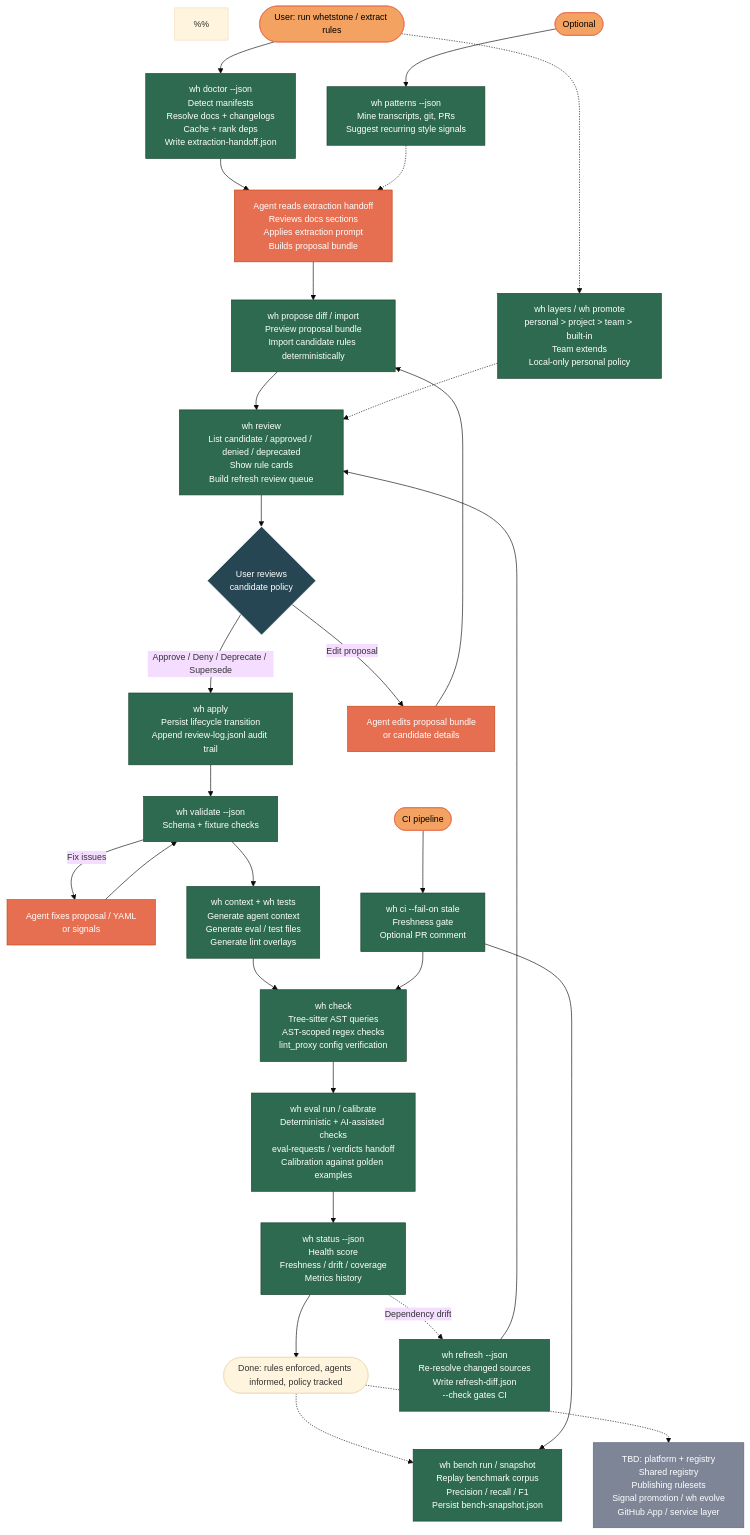
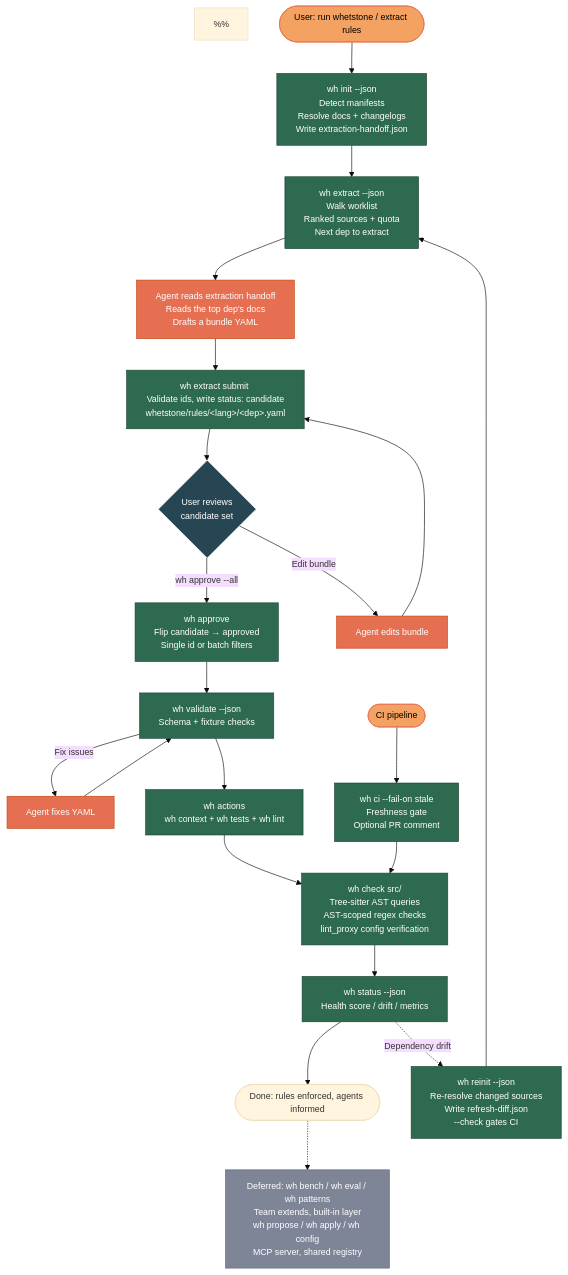
One commit to angusbezzina/whetstone changed the diagram in planning/whetstone-logic-flow.mmd. Above: the diagram before and after it, drawn with Mermaid. The commit also changed 8 other files, not shown here.

```diff
--- a/planning/whetstone-logic-flow.mmd
+++ b/planning/whetstone-logic-flow.mmd
@@ -1,68 +1,55 @@
 %%{ init: { "theme": "base", "themeVariables": { "fontSize": "14px" } } }%%
 flowchart TD
     %% ═══════════════════════════════════════
-    %% WHETSTONE: CURRENT LOGIC FLOW
+    %% WHETSTONE 0.3.0 — LEAN LOGIC FLOW
     %%
     %% Green  = Binary (shipped deterministic commands)
     %% Orange = Agent  (judgment via SKILL.md)
     %% Blue   = User   (approval / preference decisions)
-    %% Grey   = TBD    (future / not yet shipped)
+    %% Grey   = Deferred / future
     %% ═══════════════════════════════════════
 
-    START([User: run whetstone / extract rules]) --> DOCTOR["wh doctor --json<br/>Detect manifests<br/>Resolve docs + changelogs<br/>Cache + rank deps<br/>Write extraction-handoff.json"]
+    START([User: run whetstone / extract rules]) --> INIT["wh init --json<br/>Detect manifests<br/>Resolve docs + changelogs<br/>Write extraction-handoff.json"]
 
-    DOCTOR --> AGENT_EXTRACT["Agent reads extraction handoff<br/>Reviews docs sections<br/>Applies extraction prompt<br/>Builds proposal bundle"]
+    INIT --> EXTRACT["wh extract --json<br/>Walk worklist<br/>Ranked sources + quota<br/>Next dep to extract"]
 
-    AGENT_EXTRACT --> PROPOSE["wh propose diff / import<br/>Preview proposal bundle<br/>Import candidate rules deterministically"]
+    EXTRACT --> AGENT_EXTRACT["Agent reads extraction handoff<br/>Reads the top dep's docs<br/>Drafts a bundle YAML"]
 
-    PROPOSE --> REVIEW["wh review<br/>List candidate / approved / denied / deprecated<br/>Show rule cards<br/>Build refresh review queue"]
+    AGENT_EXTRACT --> SUBMIT["wh extract submit <bundle.yaml><br/>Validate ids, write status: candidate<br/>whetstone/rules/&lt;lang&gt;/&lt;dep&gt;.yaml"]
 
-    REVIEW --> USER{"User reviews<br/>candidate policy"}
+    SUBMIT --> USER{"User reviews<br/>candidate set"}
 
-    USER -->|Approve / Deny / Deprecate / Supersede| APPLY["wh apply<br/>Persist lifecycle transition<br/>Append review-log.jsonl audit trail"]
-    USER -->|Edit proposal| AGENT_EDIT["Agent edits proposal bundle<br/>or candidate details"] --> PROPOSE
+    USER -->|wh approve --all| APPROVE["wh approve<br/>Flip candidate → approved<br/>Single id or batch filters"]
+    USER -->|Edit bundle| AGENT_EDIT["Agent edits bundle"] --> SUBMIT
 
-    APPLY --> VALIDATE["wh validate --json<br/>Schema + fixture checks"]
-    VALIDATE -->|Fix issues| AGENT_FIX["Agent fixes proposal / YAML<br/>or signals"] --> VALIDATE
-    VALIDATE --> GENERATE["wh context + wh tests<br/>Generate agent context<br/>Generate eval / test files<br/>Generate lint overlays"]
+    APPROVE --> VALIDATE["wh validate --json<br/>Schema + fixture checks"]
+    VALIDATE -->|Fix issues| AGENT_FIX["Agent fixes YAML"] --> VALIDATE
+    VALIDATE --> ACTIONS["wh actions<br/>wh context + wh tests + wh lint"]
 
-    GENERATE --> CHECK["wh check<br/>Tree-sitter AST queries<br/>AST-scoped regex checks<br/>lint_proxy config verification"]
-    CHECK --> EVAL["wh eval run / calibrate<br/>Deterministic + AI-assisted checks<br/>eval-requests / verdicts handoff<br/>Calibration against golden examples"]
-    EVAL --> STATUS["wh status --json<br/>Health score<br/>Freshness / drift / coverage<br/>Metrics history"]
-    STATUS --> DONE([Done: rules enforced, agents informed, policy tracked])
+    ACTIONS --> CHECK["wh check src/<br/>Tree-sitter AST queries<br/>AST-scoped regex checks<br/>lint_proxy config verification"]
+    CHECK --> STATUS["wh status --json<br/>Health score / drift / metrics"]
+    STATUS --> DONE([Done: rules enforced, agents informed])
 
-    %% Refresh / update loop
-    STATUS -.->|Dependency drift| REFRESH["wh refresh --json<br/>Re-resolve changed sources<br/>Write refresh-diff.json<br/>--check gates CI"]
-    REFRESH --> REVIEW
-
-    %% Bench / trust path
-    DONE -.-> BENCH["wh bench run / snapshot<br/>Replay benchmark corpus<br/>Precision / recall / F1<br/>Persist bench-snapshot.json"]
-
-    %% Optional pattern mining
-    PATTERNS([Optional]) --> PAT["wh patterns --json<br/>Mine transcripts, git, PRs<br/>Suggest recurring style signals"]
-    PAT -.-> AGENT_EXTRACT
+    %% Refresh loop
+    STATUS -.->|Dependency drift| REINIT["wh reinit --json<br/>Re-resolve changed sources<br/>Write refresh-diff.json<br/>--check gates CI"]
+    REINIT --> EXTRACT
 
     %% CI path
     CI_START([CI pipeline]) --> CI["wh ci --fail-on stale<br/>Freshness gate<br/>Optional PR comment"]
     CI --> CHECK
-    CI --> BENCH
 
-    %% Personal / team policy path
-    START -.-> LAYERS["wh layers / wh promote<br/>personal > project > team > built-in<br/>Team extends<br/>Local-only personal policy"]
-    LAYERS -.-> REVIEW
-
-    %% TBD / future platform work
-    DONE -.-> FUTURE["TBD: platform + registry<br/>Shared registry<br/>Publishing rulesets<br/>Signal promotion / wh evolve<br/>GitHub App / service layer"]
+    %% Deferred / future
+    DONE -.-> FUTURE["Deferred: wh bench / wh eval / wh patterns<br/>Team extends, built-in layer<br/>wh propose / wh apply / wh config<br/>MCP server, shared registry"]
 
     %% Styling
     classDef binary fill:#2d6a4f,color:#fff,stroke:#1b4332
     classDef agent fill:#e76f51,color:#fff,stroke:#c1440e
     classDef user fill:#264653,color:#fff,stroke:#f1faee
     classDef future fill:#7d8597,color:#fff,stroke:#5c677d
     classDef start fill:#f4a261,color:#000,stroke:#e76f51
 
-    class DOCTOR,PROPOSE,REVIEW,APPLY,VALIDATE,GENERATE,CHECK,EVAL,STATUS,REFRESH,BENCH,CI,PAT,LAYERS binary
+    class INIT,EXTRACT,SUBMIT,APPROVE,VALIDATE,ACTIONS,CHECK,STATUS,REINIT,CI binary
     class AGENT_EXTRACT,AGENT_EDIT,AGENT_FIX agent
     class USER user
     class FUTURE future
-    class START,CI_START,PATTERNS start
+    class START,CI_START start
```
